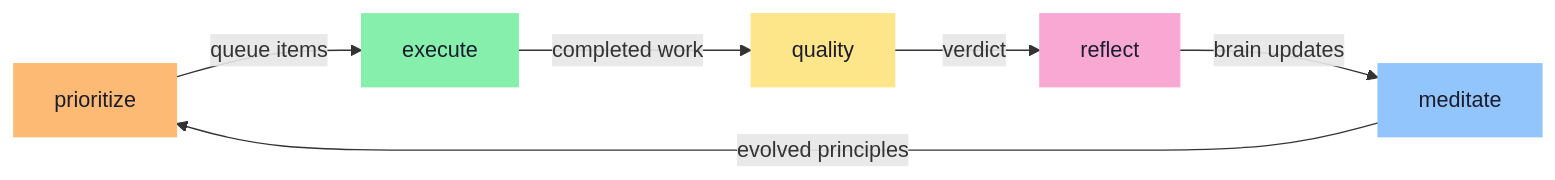
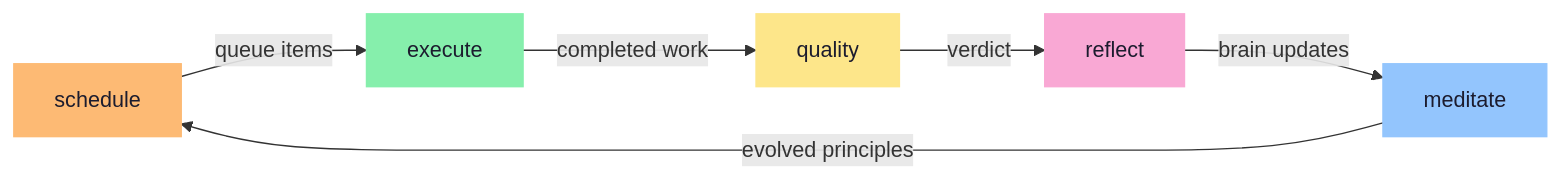
One commit to poteto/noodle changed the diagram in brain/vision/slides/slides.md. Above: the diagram before and after it, drawn with Mermaid. The commit also changed other lines of this file and 25 other files, not shown here.

````diff
--- a/brain/vision/slides/slides.md
+++ b/brain/vision/slides/slides.md
@@ -192,20 +192,20 @@
 ```mermaid {scale: 0.85}
 graph LR
-  P["prioritize"]
+  P["schedule"]
   E["execute"]
   Q["quality"]
   R["reflect"]
   M["meditate"]
 
   P -->|"queue items"| E
   E -->|"completed work"| Q
   Q -->|"verdict"| R
   R -->|"brain updates"| M
   M -->|"evolved principles"| P
 
   style P fill:#fdba74,stroke:#fdba74,color:#1c1c2e
   style E fill:#86efac,stroke:#86efac,color:#1c1c2e
   style Q fill:#fde68a,stroke:#fde68a,color:#1c1c2e
   style R fill:#f9a8d4,stroke:#f9a8d4,color:#1c1c2e
   style M fill:#93c5fd,stroke:#93c5fd,color:#1c1c2e
 ```
````
